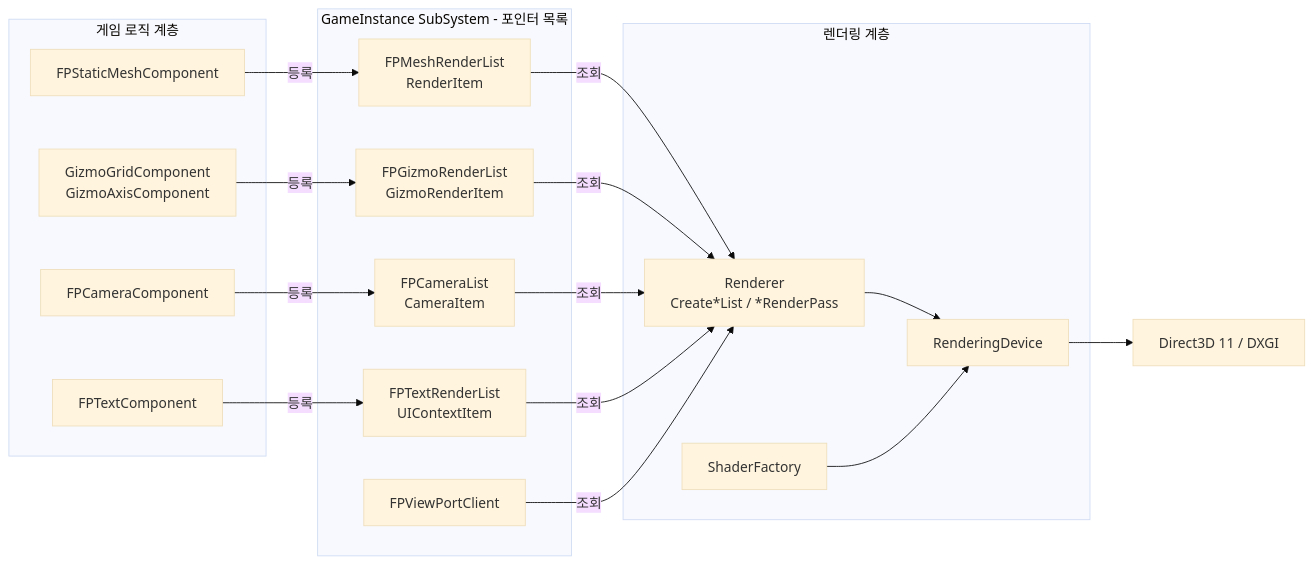
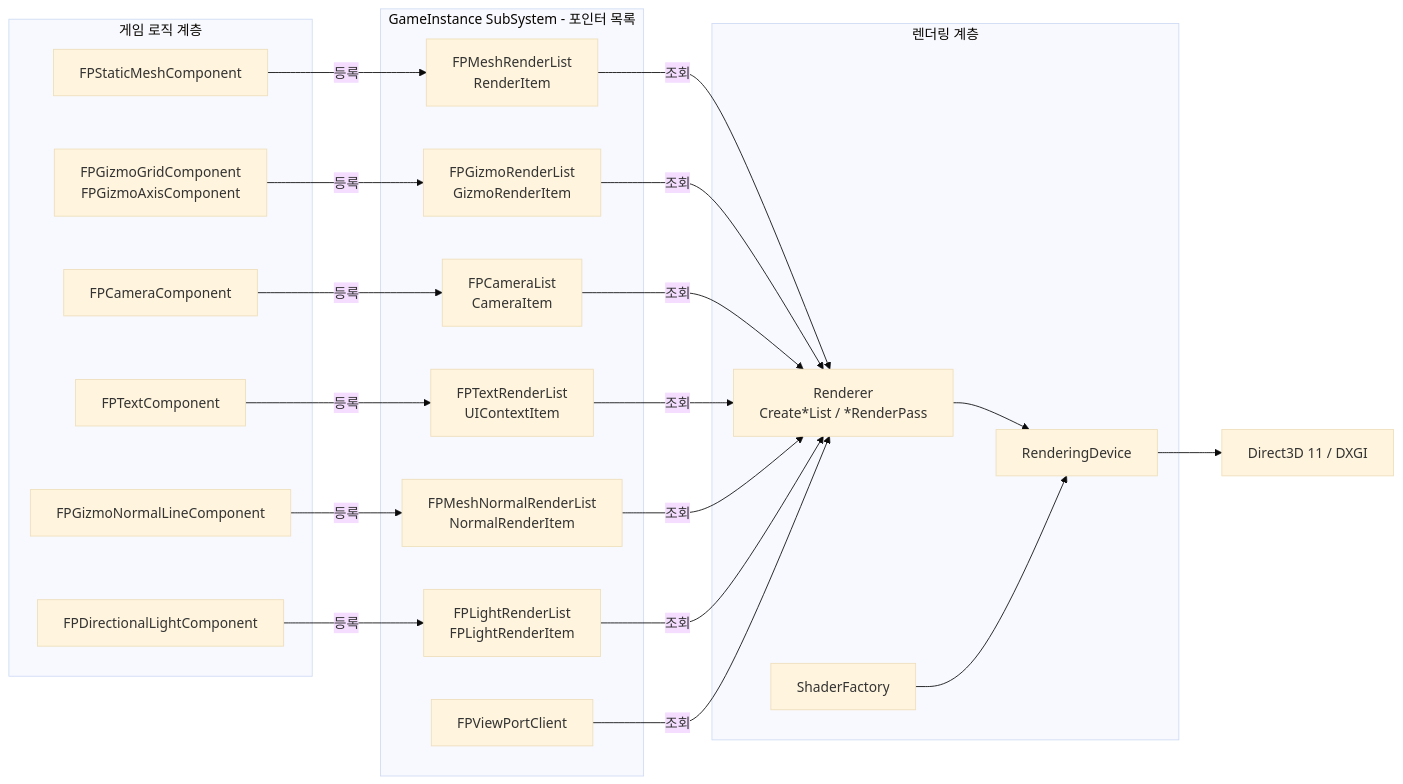
The fifth of 12 diagrams in README.md (Gat-Young/ForestPearlEngine), drawn with Mermaid (base theme) before and after one commit. The commit also changed other lines of this file, not shown here.

````diff
--- a/README.md
+++ b/README.md
@@ -464,33 +480,41 @@
 ```mermaid
 flowchart LR
     subgraph GAMESIDE["게임 로직 계층"]
         SM["FPStaticMeshComponent"]
-        GZ["GizmoGridComponent<br/>GizmoAxisComponent"]
+        GZ["FPGizmoGridComponent<br/>FPGizmoAxisComponent"]
+        NL["FPGizmoNormalLineComponent"]
+        LT["FPDirectionalLightComponent"]
         CAM["FPCameraComponent"]
         TXT["FPTextComponent"]
     end
     subgraph LISTS["GameInstance SubSystem - 포인터 목록"]
         ML["FPMeshRenderList<br/>RenderItem"]
         GL["FPGizmoRenderList<br/>GizmoRenderItem"]
         CL["FPCameraList<br/>CameraItem"]
         TL["FPTextRenderList<br/>UIContextItem"]
+        NRL["FPMeshNormalRenderList<br/>NormalRenderItem"]
+        LRL["FPLightRenderList<br/>FPLightRenderItem"]
         VP["FPViewPortClient"]
     end
     subgraph RENDER["렌더링 계층"]
         RD["Renderer<br/>Create*List / *RenderPass"]
         DEV["RenderingDevice"]
         SF["ShaderFactory"]
     end
     SM -->|"등록"| ML
     GZ -->|"등록"| GL
     CAM -->|"등록"| CL
     TXT -->|"등록"| TL
+    NL -->|"등록"| NRL
+    LT -->|"등록"| LRL
     ML -->|"조회"| RD
     GL -->|"조회"| RD
     CL -->|"조회"| RD
     TL -->|"조회"| RD
+    NRL -->|"조회"| RD
+    LRL -->|"조회"| RD
     VP -->|"조회"| RD
     RD --> DEV
     SF --> DEV
     DEV --> D3D["Direct3D 11 / DXGI"]
 ```
````
